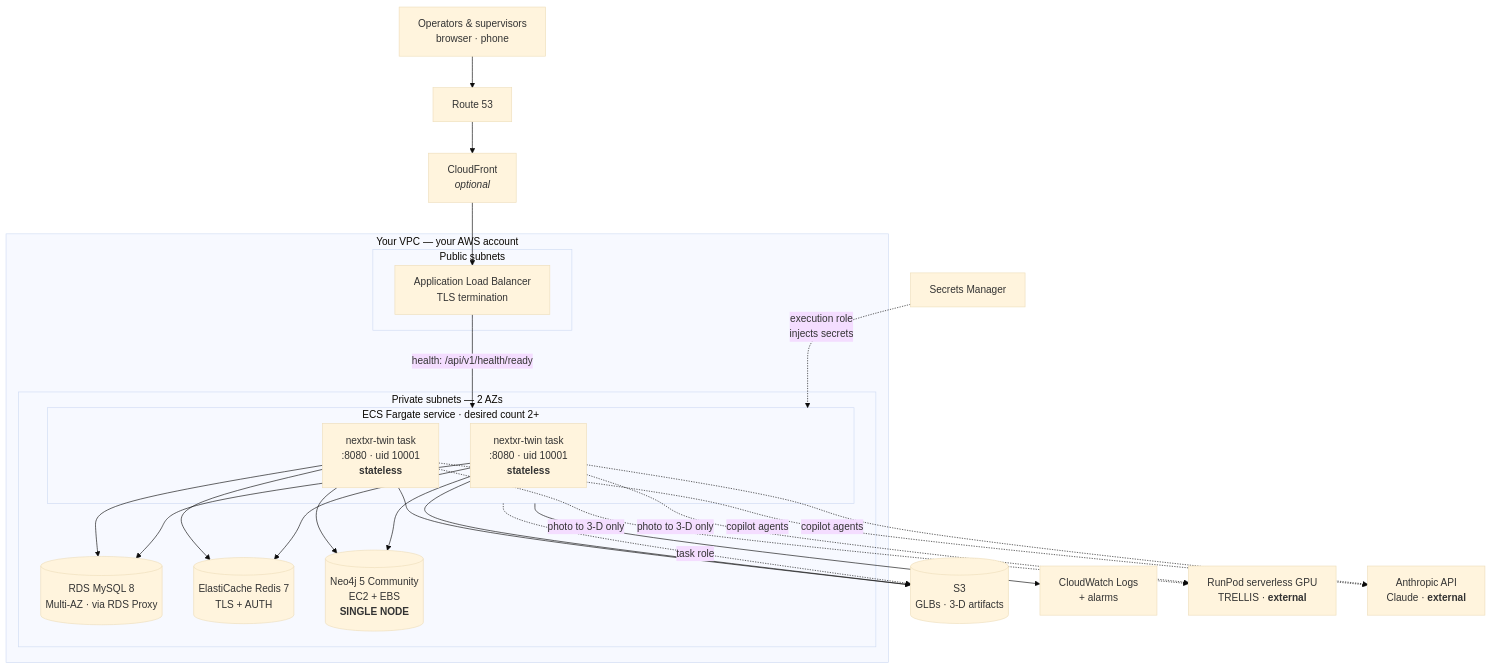
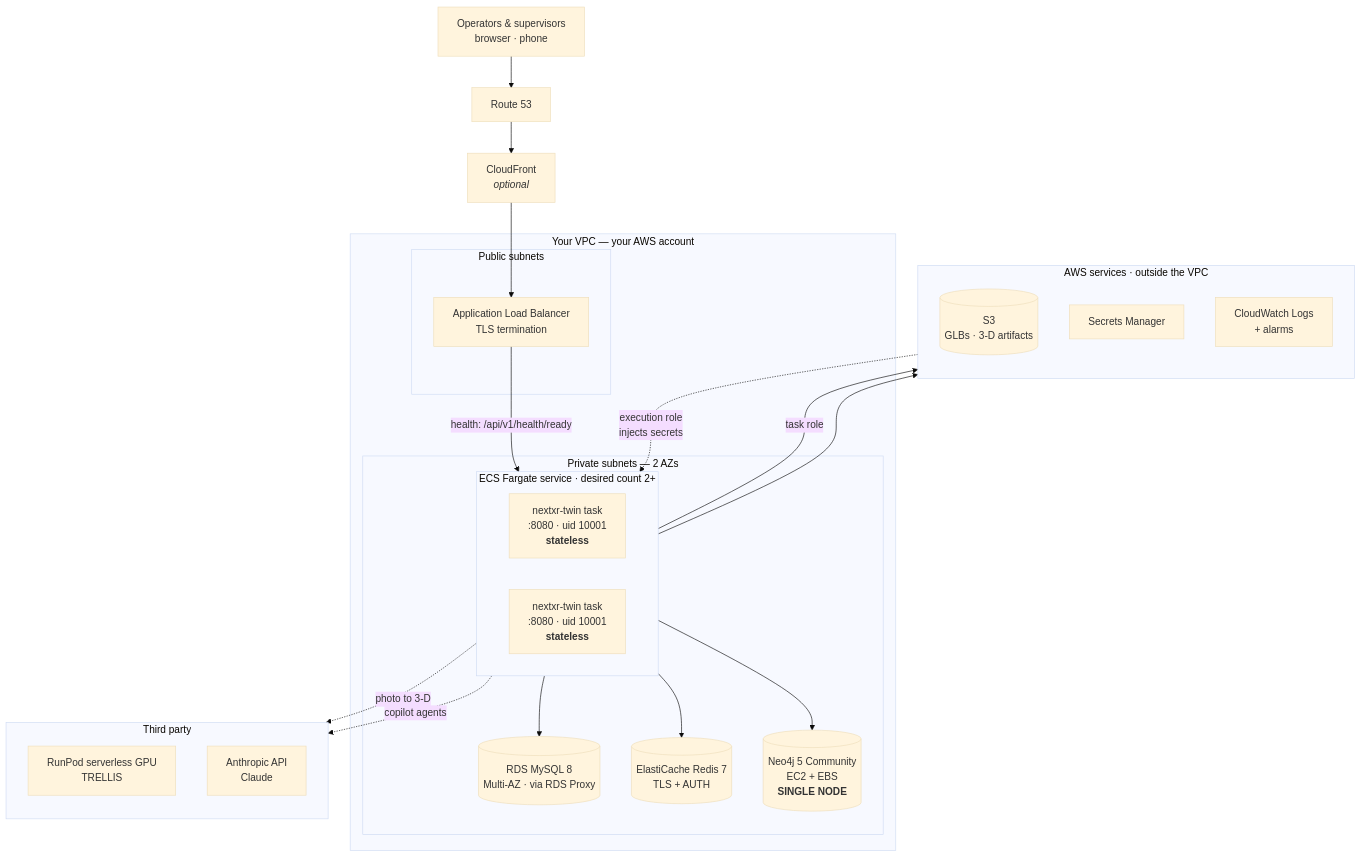
Before and after one commit to Tejesh3305/Goalcert_Digital-Twin: the first of 3 diagrams in docs/AWS-ARCHITECTURE.md, drawn with Mermaid (base theme). The commit also changed other lines of this file and 8 other files, not shown here.

````diff
--- a/docs/AWS-ARCHITECTURE.md
+++ b/docs/AWS-ARCHITECTURE.md
@@ -15,40 +15,45 @@
 ```mermaid
 flowchart TB
   U["Operators & supervisors<br/>browser · phone"]
   R53["Route 53"]
   CF["CloudFront<br/><i>optional</i>"]
   ALB["Application Load Balancer<br/>TLS termination"]
 
   subgraph VPC["Your VPC — your AWS account"]
     subgraph PUB["Public subnets"]
       ALB
     end
     subgraph PRIV["Private subnets — 2 AZs"]
       subgraph ECS["ECS Fargate service · desired count 2+"]
         T1["nextxr-twin task<br/>:8080 · uid 10001<br/><b>stateless</b>"]
         T2["nextxr-twin task<br/>:8080 · uid 10001<br/><b>stateless</b>"]
       end
       RDS[("RDS MySQL 8<br/>Multi-AZ · via RDS Proxy")]
       EC[("ElastiCache Redis 7<br/>TLS + AUTH")]
       NEO[("Neo4j 5 Community<br/>EC2 + EBS<br/><b>SINGLE NODE</b>")]
     end
   end
 
-  S3[("S3<br/>GLBs · 3-D artifacts")]
-  SM["Secrets Manager"]
-  CW["CloudWatch Logs<br/>+ alarms"]
-  RP["RunPod serverless GPU<br/>TRELLIS · <b>external</b>"]
-  AN["Anthropic API<br/>Claude · <b>external</b>"]
+  subgraph SUP["AWS services · outside the VPC"]
+    direction TB
+    S3[("S3<br/>GLBs · 3-D artifacts")]
+    SM["Secrets Manager"]
+    CW["CloudWatch Logs<br/>+ alarms"]
+  end
+  subgraph EXT["Third party"]
+    direction TB
+    RP["RunPod serverless GPU<br/>TRELLIS"]
+    AN["Anthropic API<br/>Claude"]
+  end
 
   U --> R53 --> CF --> ALB
   ALB -->|"health: /api/v1/health/ready"| ECS
-  T1 & T2 --> RDS
-  T1 & T2 --> EC
-  T1 & T2 --> NEO
-  T1 & T2 --> S3
+  ECS --> RDS
+  ECS --> EC
+  ECS --> NEO
+  ECS -->|"task role"| S3
   SM -.->|"execution role<br/>injects secrets"| ECS
-  ECS -.->|"task role"| S3
   ECS --> CW
-  T1 & T2 -.->|"photo to 3-D only"| RP
-  T1 & T2 -.->|"copilot agents"| AN
+  ECS -.->|"photo to 3-D"| RP
+  ECS -.->|"copilot agents"| AN
 ```
````
